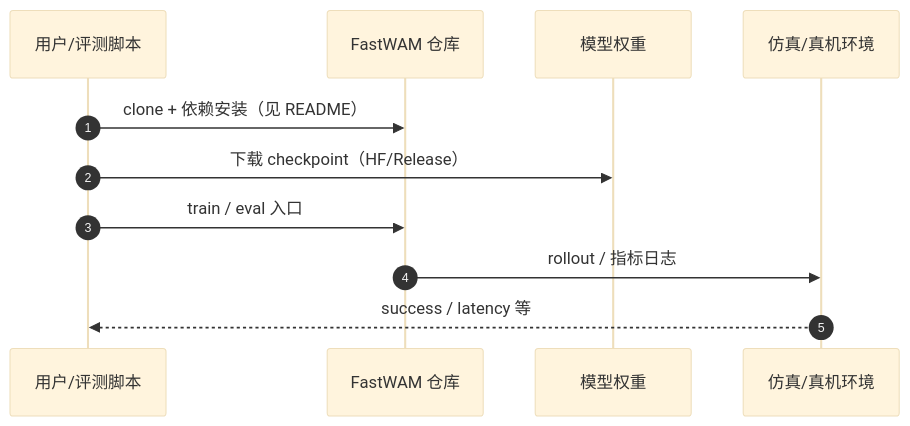
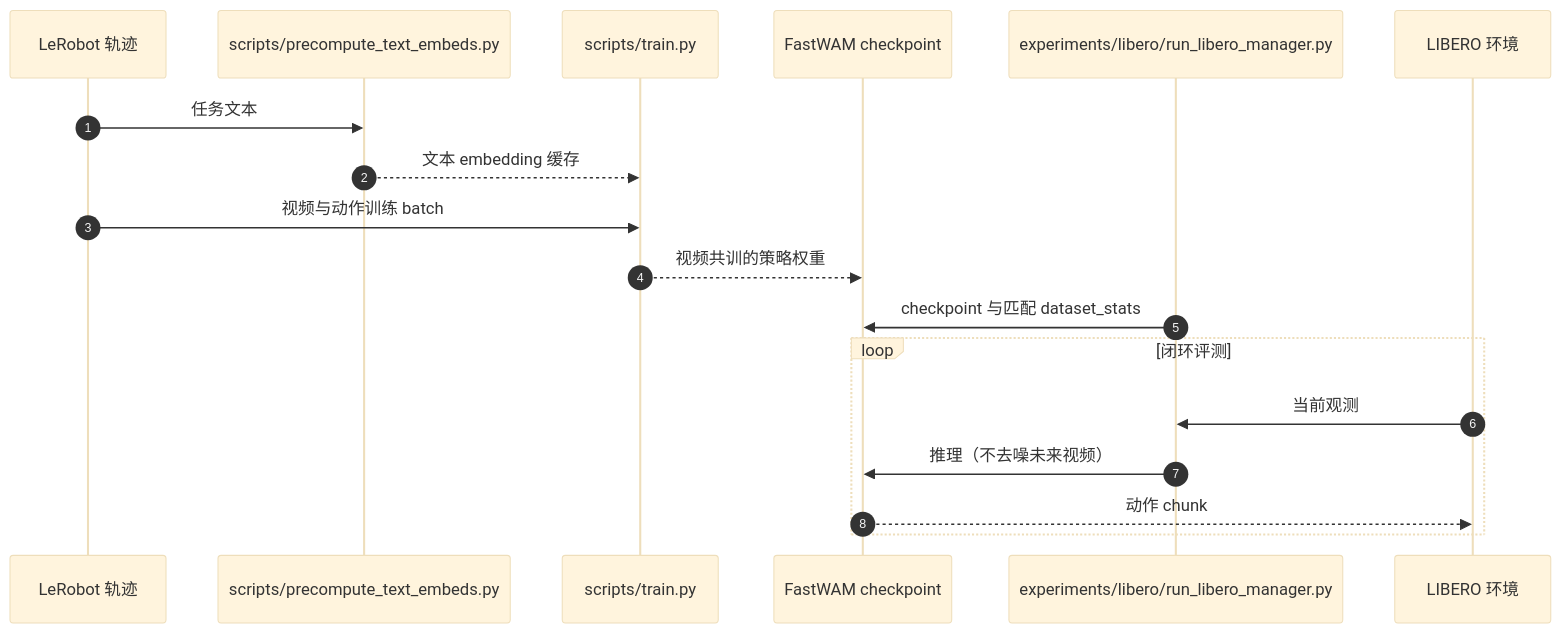
Before and after one commit to ImChong/Robotics_Notebooks: the diagram in wiki/entities/paper-fast-wam.md, drawn with Mermaid (base theme). The commit also changed other lines of this file and 43 other files, not shown here.

````diff
--- a/wiki/entities/paper-fast-wam.md
+++ b/wiki/entities/paper-fast-wam.md
@@ -63,13 +63,20 @@
 ```mermaid
 sequenceDiagram
     autonumber
-    participant U as 用户/评测脚本
-    participant R as FastWAM 仓库
-    participant M as 模型权重
-    participant E as 仿真/真机环境
-    U->>R: clone + 依赖安装（见 README）
-    U->>M: 下载 checkpoint（HF/Release）
-    U->>R: train / eval 入口
-    R->>E: rollout / 指标日志
-    E-->>U: success / latency 等
+    participant D as LeRobot 轨迹
+    participant P as scripts/precompute_text_embeds.py
+    participant T as scripts/train.py
+    participant M as FastWAM checkpoint
+    participant E as experiments/libero/run_libero_manager.py
+    participant S as LIBERO 环境
+    D->>P: 任务文本
+    P-->>T: 文本 embedding 缓存
+    D->>T: 视频与动作训练 batch
+    T-->>M: 视频共训的策略权重
+    E->>M: checkpoint 与匹配 dataset_stats
+    loop 闭环评测
+        S->>E: 当前观测
+        E->>M: 推理（不去噪未来视频）
+        M-->>S: 动作 chunk
+    end
 ```
````
